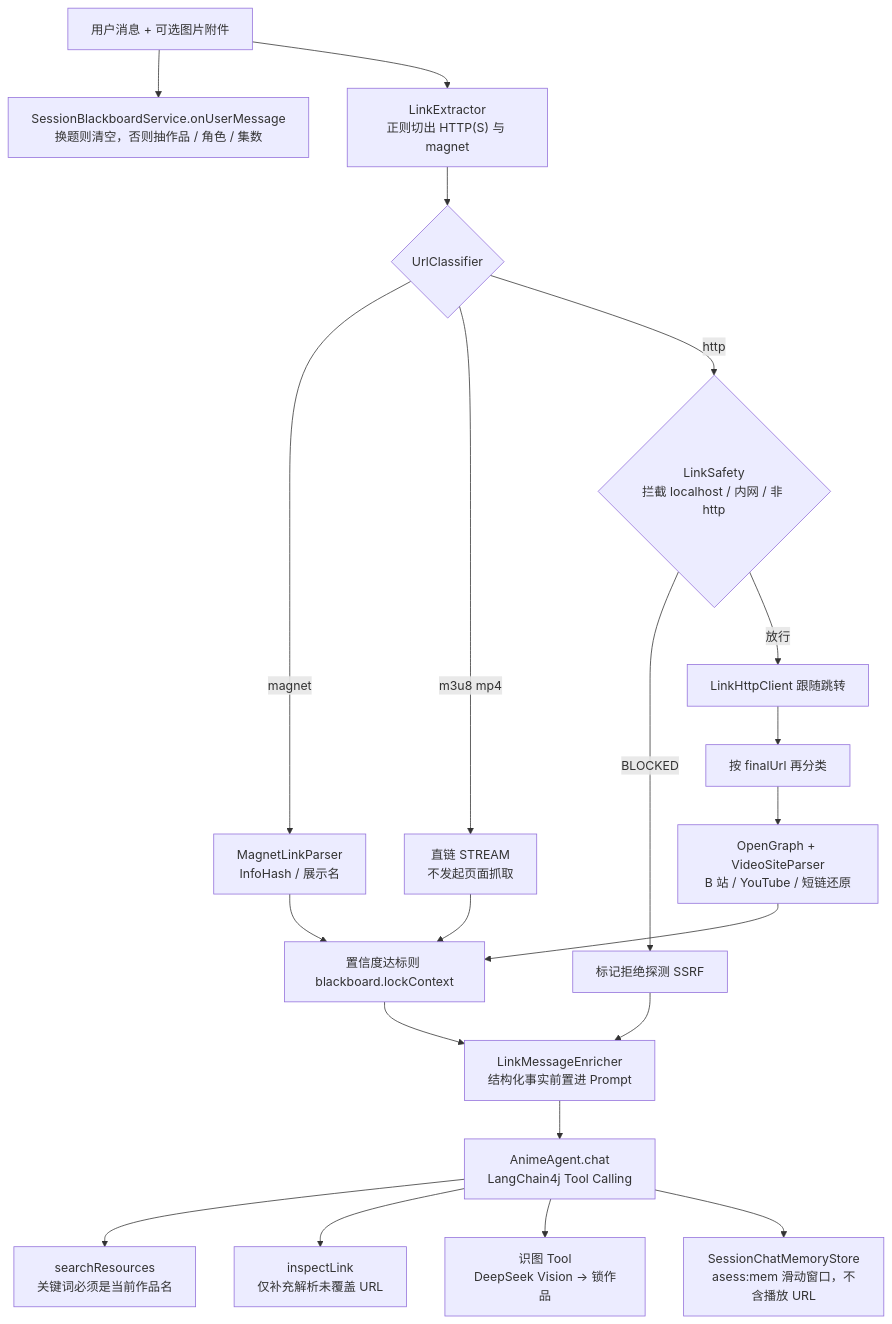
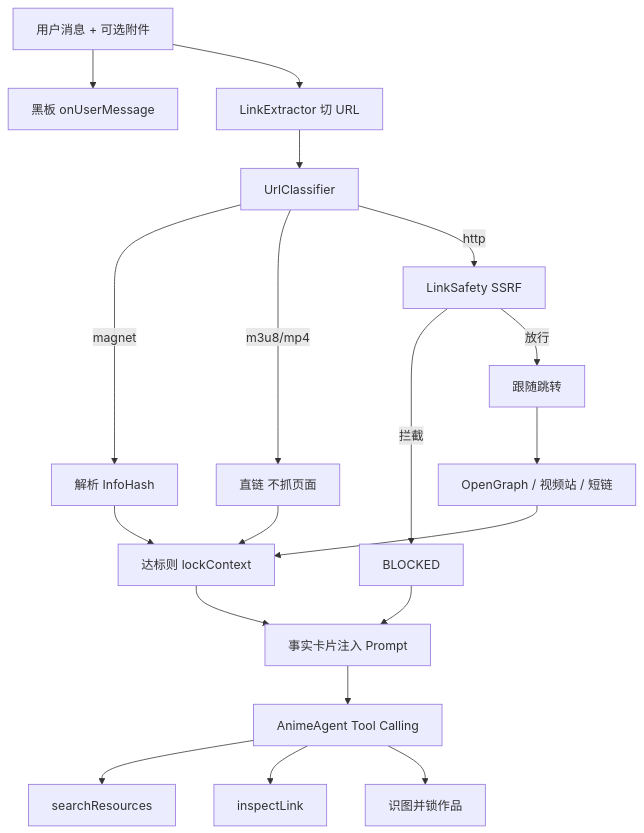
One commit to Yinhaha2/DelaynomoreBackEnd changed the second of 7 diagrams in README.md. Above: the diagram before and after it, drawn with Mermaid. The commit also changed other lines of this file, not shown here.

First line of the commit message:
docs: compact README mermaid so GitHub renders full diagrams

````diff
--- a/README.md
+++ b/README.md
@@ -85,32 +64,20 @@
 ```mermaid
 flowchart TD
-  Msg["用户消息 + 可选图片附件"]
-  BB["SessionBlackboardService.onUserMessage<br/>换题则清空，否则抽作品 / 角色 / 集数"]
-  Ext["LinkExtractor<br/>正则切出 HTTP(S) 与 magnet"]
-
-  Msg --> BB
-  Msg --> Ext
-
-  Ext --> Kind{"UrlClassifier"}
-  Kind -->|magnet| Mag["MagnetLinkParser<br/>InfoHash / 展示名"]
-  Kind -->|m3u8 mp4| Stream["直链 STREAM<br/>不发起页面抓取"]
-  Kind -->|http| Safe{"LinkSafety<br/>拦截 localhost / 内网 / 非 http"}
-
-  Safe -->|BLOCKED| Block["标记拒绝探测 SSRF"]
-  Safe -->|放行| Http["LinkHttpClient 跟随跳转"]
-  Http --> Reclass["按 finalUrl 再分类"]
-  Reclass --> OG["OpenGraph + VideoSiteParser<br/>B 站 / YouTube / 短链还原"]
-
-  Mag --> Lock
+  Msg["用户消息 + 可选附件"] --> BB["黑板 onUserMessage"]
+  Msg --> Ext["LinkExtractor 切 URL"]
+  Ext --> Kind["UrlClassifier"]
+  Kind -->|magnet| Mag["解析 InfoHash"]
+  Kind -->|m3u8/mp4| Stream["直链 不抓页面"]
+  Kind -->|http| Safe["LinkSafety SSRF"]
+  Safe -->|拦截| Block["BLOCKED"]
+  Safe -->|放行| Http["跟随跳转"] --> OG["OpenGraph / 视频站 / 短链"]
+  Mag --> Lock["达标则 lockContext"]
   Stream --> Lock
   OG --> Lock
-  Block --> Enrich
-  Lock["置信度达标则 blackboard.lockContext"]
-  Lock --> Enrich["LinkMessageEnricher<br/>结构化事实前置进 Prompt"]
-  Enrich --> Agent["AnimeAgent.chat<br/>LangChain4j Tool Calling"]
-
-  Agent --> T1["searchResources<br/>关键词必须是当前作品名"]
-  Agent --> T2["inspectLink<br/>仅补充解析未覆盖 URL"]
-  Agent --> T3["识图 Tool<br/>DeepSeek Vision → 锁作品"]
-  Agent --> Mem["SessionChatMemoryStore<br/>asess:mem 滑动窗口，不含播放 URL"]
+  Block --> Enrich["事实卡片注入 Prompt"]
+  Lock --> Enrich
+  Enrich --> Agent["AnimeAgent Tool Calling"]
+  Agent --> T1["searchResources"]
+  Agent --> T2["inspectLink"]
+  Agent --> T3["识图并锁作品"]
 ```
````
